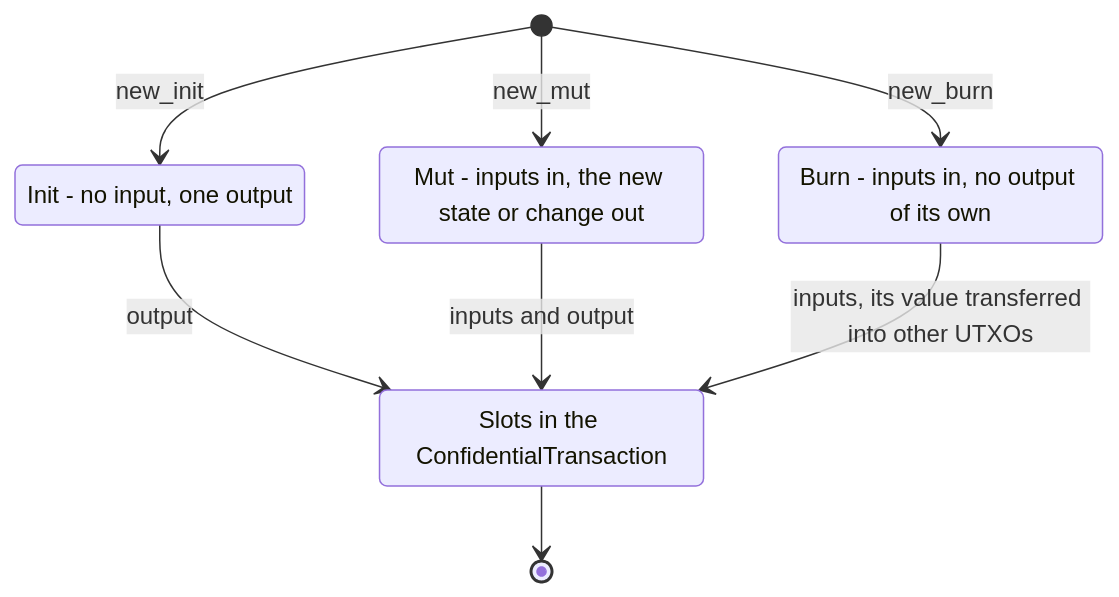
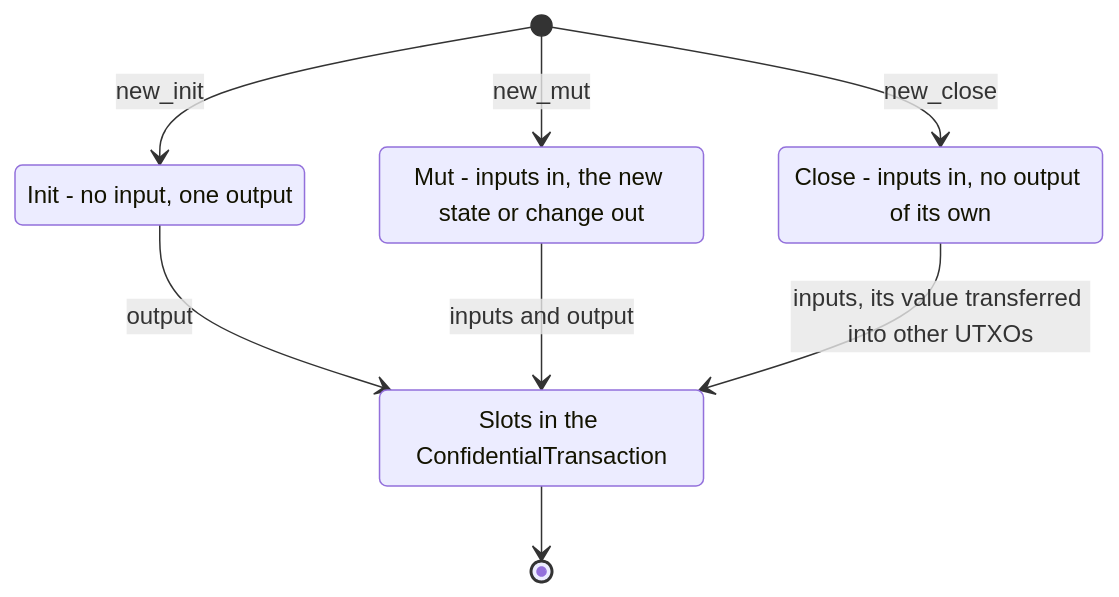
The second of 2 diagrams in sdk-tests/timelock-escrow/arkworks/README.md (helius-labs/zolana), drawn with Mermaid before and after one commit. The commit also changed other lines of this file and 9 other files, not shown here.

````diff
--- a/sdk-tests/timelock-escrow/arkworks/README.md
+++ b/sdk-tests/timelock-escrow/arkworks/README.md
@@ -270,18 +270,18 @@
 ```mermaid
 stateDiagram-v2
     accTitle: The DataUtxo and TokenUtxos lifecycles
-    accDescr: Both UTXO types start as Init, Mut or Burn. Init adds an output, Mut inputs and an output, Burn inputs. A burned UTXO transfers its value into other UTXOs and has no output.
+    accDescr: Both UTXO types start as Init, Mut or Close. Init adds an output, Mut inputs and an output, Close inputs. A closed UTXO transfers its value into other UTXOs and has no output.
 
     state "Init - no input, one output" as Init
     state "Mut - inputs in, the new state or change out" as Mut
-    state "Burn - inputs in, no output of its own" as Burn
+    state "Close - inputs in, no output of its own" as Close
     state "Slots in the ConfidentialTransaction" as Slots
 
     [*] --> Init : new_init
     [*] --> Mut : new_mut
-    [*] --> Burn : new_burn
+    [*] --> Close : new_close
     Init --> Slots : output
     Mut --> Slots : inputs and output
-    Burn --> Slots : inputs, its value transferred into other UTXOs
+    Close --> Slots : inputs, its value transferred into other UTXOs
     Slots --> [*]
 ```
````
